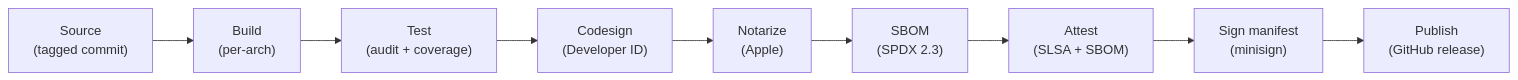
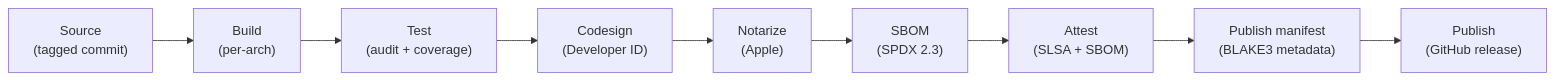
Before and after one commit to google/capsem: the first of 2 diagrams in docs/src/content/docs/security/build-verification.md, drawn with Mermaid. The commit also changed other lines of this file and 21 other files, not shown here.

````diff
--- a/docs/src/content/docs/security/build-verification.md
+++ b/docs/src/content/docs/security/build-verification.md
@@ -12,11 +12,11 @@
 ```mermaid
 graph LR
     A["Source<br/>(tagged commit)"] --> B["Build<br/>(per-arch)"]
     B --> C["Test<br/>(audit + coverage)"]
     C --> D["Codesign<br/>(Developer ID)"]
     D --> E["Notarize<br/>(Apple)"]
     E --> F["SBOM<br/>(SPDX 2.3)"]
     F --> G["Attest<br/>(SLSA + SBOM)"]
-    G --> H["Sign manifest<br/>(minisign)"]
+    G --> H["Publish manifest<br/>(BLAKE3 metadata)"]
     H --> I["Publish<br/>(GitHub release)"]
 ```
````
